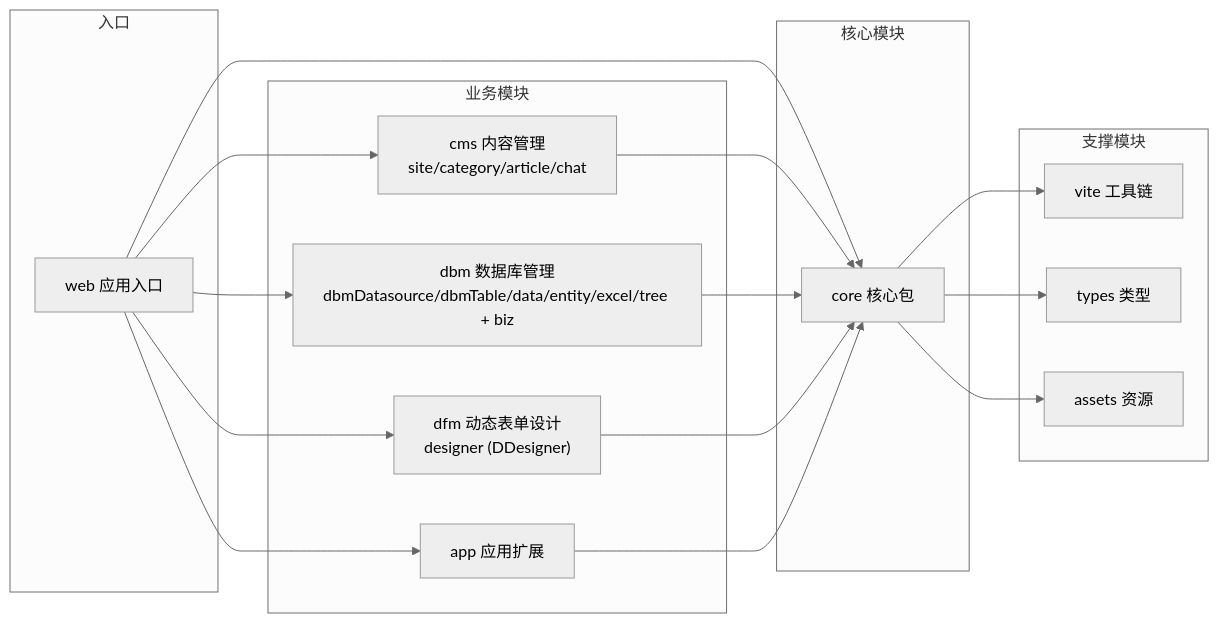
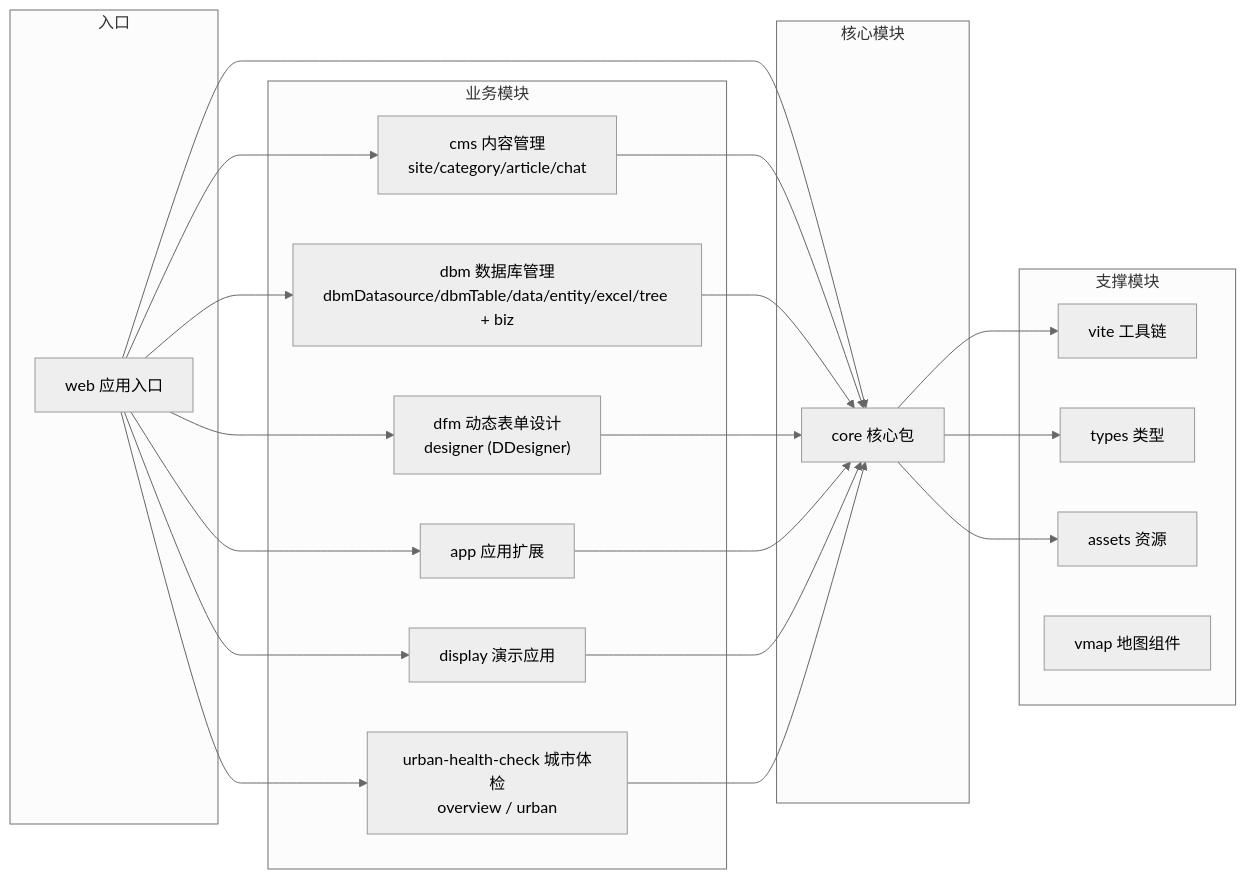
One commit to wust-rd/zhugengju-admin-frontend changed the fourth of 32 diagrams in CODE_WIKI.md. Above: the diagram before and after it, drawn with Mermaid (neutral theme). The commit also changed other lines of this file and 8 other files, not shown here.

Commit message:
feat: 画流程图, code_wiki 更新

````diff
--- a/CODE_WIKI.md
+++ b/CODE_WIKI.md
@@ -143,36 +155,43 @@
 ```mermaid
 graph LR
   subgraph 入口
     W["web 应用入口"]
   end
 
   subgraph 业务模块
     CMS["cms 内容管理<br/>site/category/article/chat"]
     DBM["dbm 数据库管理<br/>dbmDatasource/dbmTable/data/entity/excel/tree + biz"]
     DFM["dfm 动态表单设计<br/>designer (DDesigner)"]
     APP["app 应用扩展"]
+    DISPLAY["display 演示应用"]
+    UHC["urban-health-check 城市体检<br/>overview / urban"]
   end
 
   subgraph 核心模块
     CORE["core 核心包"]
   end
 
   subgraph 支撑模块
     V["vite 工具链"]
     T["types 类型"]
     A["assets 资源"]
+    VM["vmap 地图组件"]
   end
 
   W --> CMS
   W --> DBM
   W --> DFM
   W --> APP
+  W --> DISPLAY
+  W --> UHC
   W --> CORE
   CMS --> CORE
   DBM --> CORE
   DFM --> CORE
   APP --> CORE
+  DISPLAY --> CORE
+  UHC --> CORE
   CORE --> V
   CORE --> T
   CORE --> A
 ```
````
